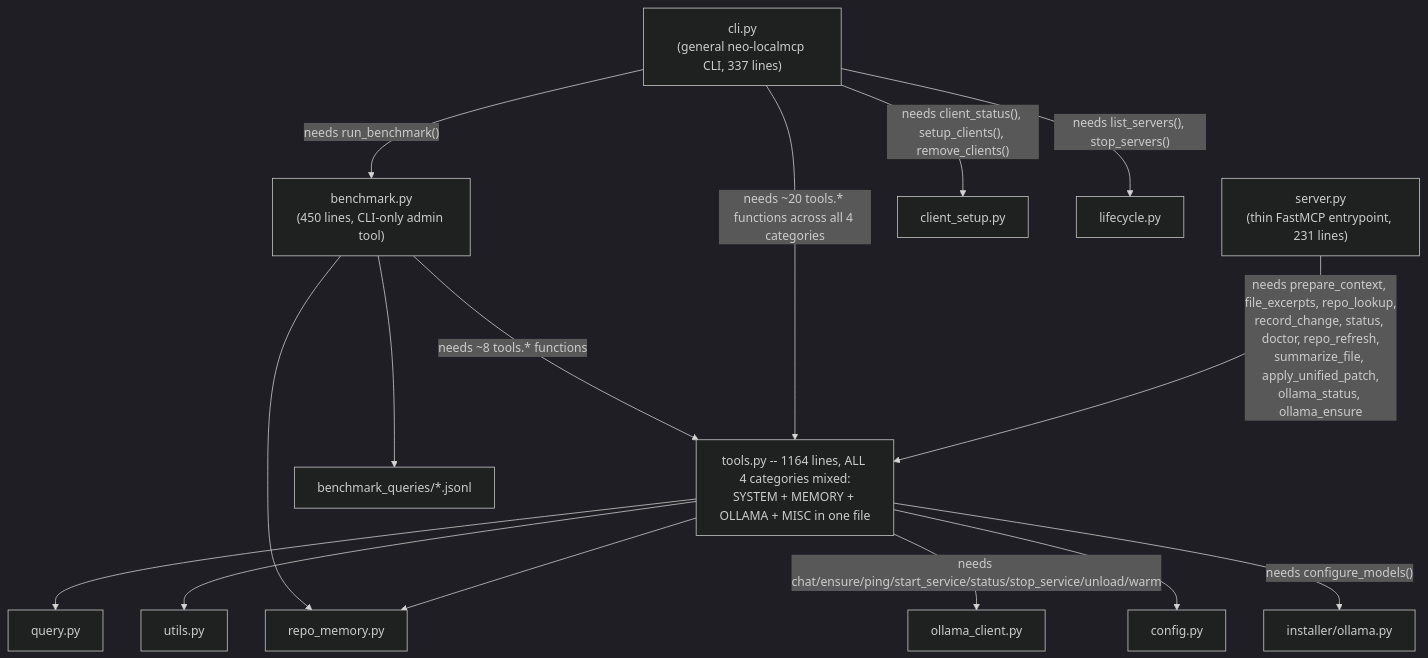
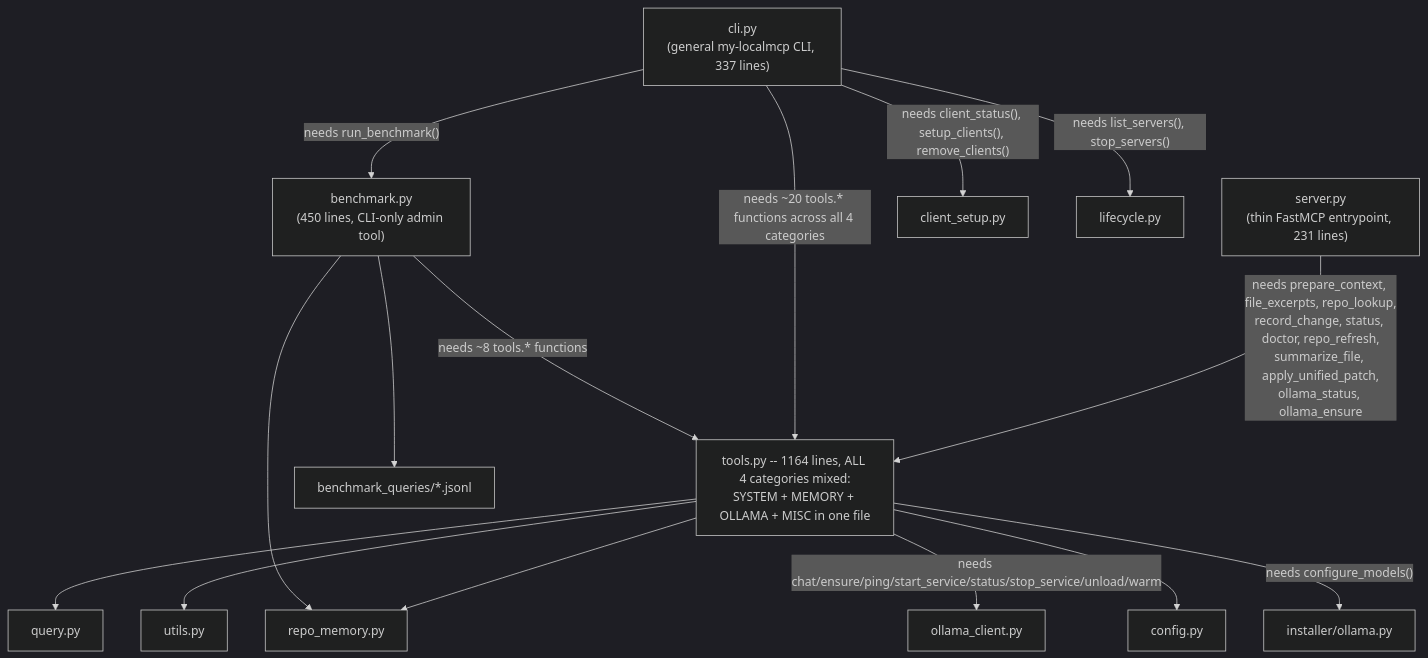
Before and after one commit to kartikeyajay2006/my-localmcp: the diagram in mermaid_diagrams/20260706_mcp_commands_before.mmd, drawn with Mermaid (dark theme). The commit also changed 209 other files, not shown here.

```diff
--- a/mermaid_diagrams/20260706_mcp_commands_before.mmd
+++ b/mermaid_diagrams/20260706_mcp_commands_before.mmd
@@ -1,33 +1,33 @@
 %% Current-state dependency graph: MCP tool/command layer
 %% tools.py is a single 1164-line file mixing all 4 logical categories together.
 graph TD
     server_py["server.py<br/>(thin FastMCP entrypoint, 231 lines)"]
-    cli_py["cli.py<br/>(general neo-localmcp CLI, 337 lines)"]
+    cli_py["cli.py<br/>(general my-localmcp CLI, 337 lines)"]
     tools_py["tools.py -- 1164 lines, ALL 4 categories mixed:<br/>SYSTEM + MEMORY + OLLAMA + MISC in one file"]
     benchmark_py["benchmark.py<br/>(450 lines, CLI-only admin tool)"]
     benchmark_queries["benchmark_queries/*.jsonl"]
     repo_memory["repo_memory.py"]
     query_py["query.py"]
     utils_py["utils.py"]
     ollama_client2["ollama_client.py"]
     config2["config.py"]
     installer_ollama2["installer/ollama.py"]
     client_setup2["client_setup.py"]
     lifecycle2["lifecycle.py"]
 
     server_py -->|"needs prepare_context, file_excerpts, repo_lookup,<br/>record_change, status, doctor, repo_refresh,<br/>summarize_file, apply_unified_patch,<br/>ollama_status, ollama_ensure"| tools_py
     cli_py -->|"needs ~20 tools.* functions across all 4 categories"| tools_py
     cli_py -->|"needs client_status(), setup_clients(), remove_clients()"| client_setup2
     cli_py -->|"needs run_benchmark()"| benchmark_py
     cli_py -->|"needs list_servers(), stop_servers()"| lifecycle2
 
     tools_py --> repo_memory
     tools_py --> query_py
     tools_py --> utils_py
     tools_py -->|"needs chat/ensure/ping/start_service/status/stop_service/unload/warm"| ollama_client2
     tools_py --> config2
     tools_py -->|"needs configure_models()"| installer_ollama2
 
     benchmark_py -->|"needs ~8 tools.* functions"| tools_py
     benchmark_py --> repo_memory
     benchmark_py --> benchmark_queries
```
